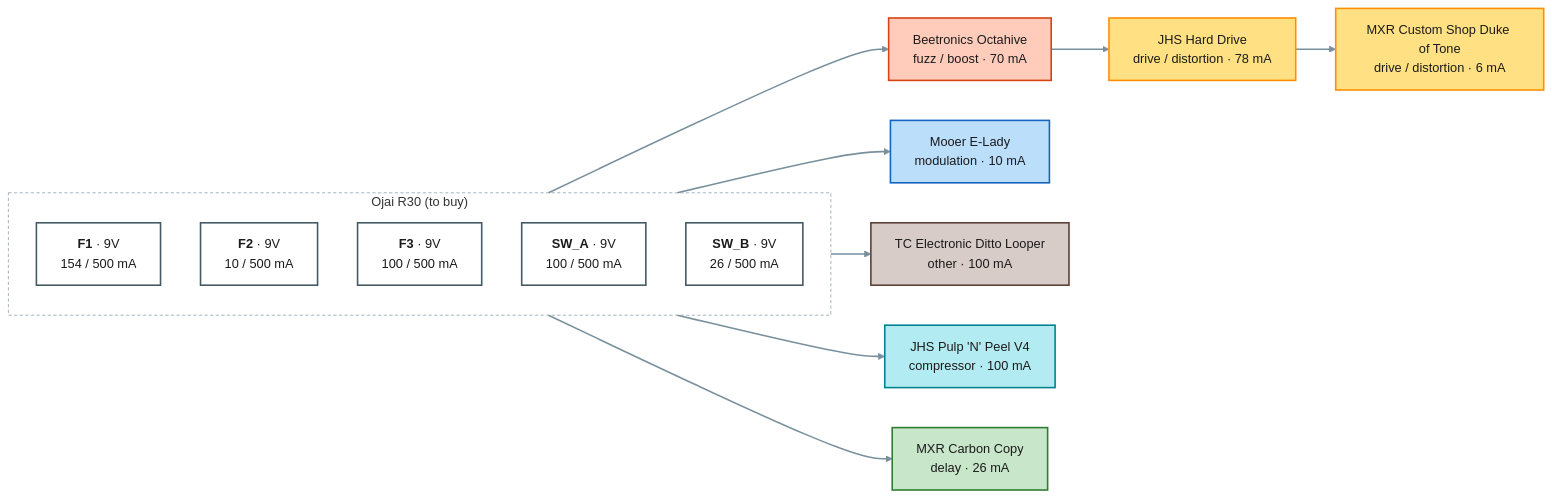
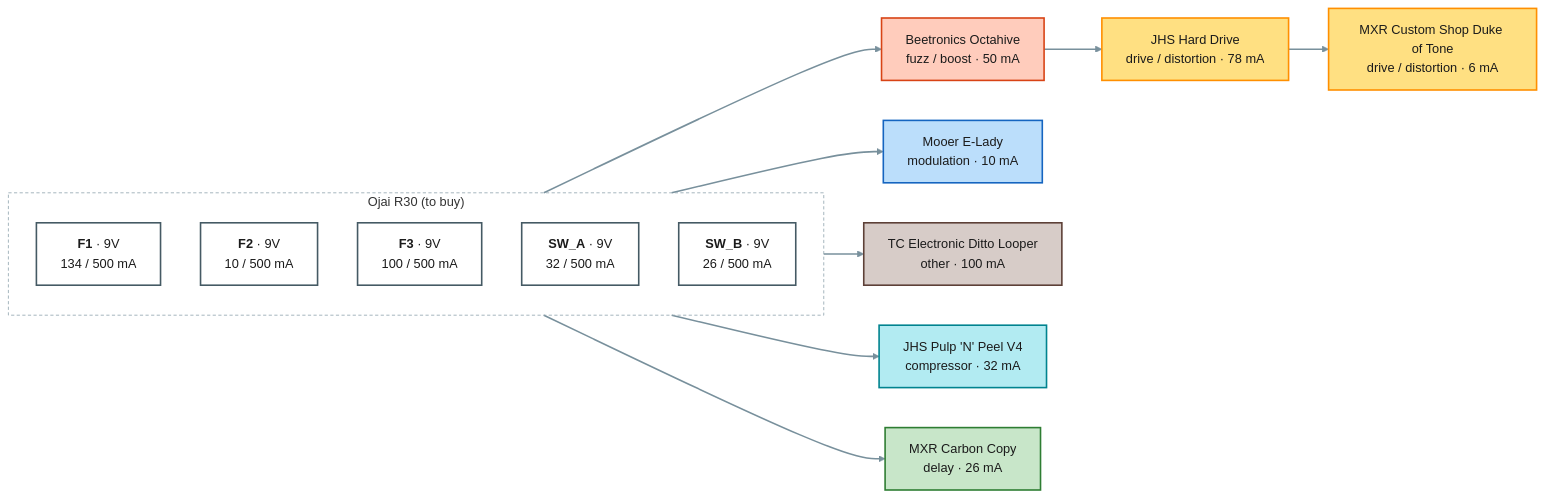
One commit to pedroacvieira/pedalboard changed the diagram in projects/guitar-practice/power.mmd. Above: the diagram before and after it, drawn with Mermaid. The commit also changed 8 other files, not shown here.

```diff
--- a/projects/guitar-practice/power.mmd
+++ b/projects/guitar-practice/power.mmd
@@ -1,34 +1,34 @@
 flowchart LR
     subgraph psu1["Ojai R30 (to buy)"]
         direction TB
-        psu1_F1["<b>F1</b> · 9V<br/>154 / 500 mA"]:::out9
+        psu1_F1["<b>F1</b> · 9V<br/>134 / 500 mA"]:::out9
         psu1_F2["<b>F2</b> · 9V<br/>10 / 500 mA"]:::out9
         psu1_F3["<b>F3</b> · 9V<br/>100 / 500 mA"]:::out9
-        psu1_SW_A["<b>SW_A</b> · 9V<br/>100 / 500 mA"]:::out9
+        psu1_SW_A["<b>SW_A</b> · 9V<br/>32 / 500 mA"]:::out9
         psu1_SW_B["<b>SW_B</b> · 9V<br/>26 / 500 mA"]:::out9
     end
-    octahive["Beetronics Octahive<br/>fuzz / boost · 70 mA"]:::c_fuzz___boost
+    octahive["Beetronics Octahive<br/>fuzz / boost · 50 mA"]:::c_fuzz___boost
     jhs_hard_drive["JHS Hard Drive<br/>drive / distortion · 78 mA"]:::c_drive___distortion
     duke_of_tone["MXR Custom Shop Duke of Tone<br/>drive / distortion · 6 mA"]:::c_drive___distortion
     e_lady["Mooer E-Lady<br/>modulation · 10 mA"]:::c_modulation
     ditto_looper["TC Electronic Ditto Looper<br/>other · 100 mA"]:::c_other
-    jhs_pulp_n_peel_v4["JHS Pulp 'N' Peel V4<br/>compressor · 100 mA"]:::c_compressor
+    jhs_pulp_n_peel_v4["JHS Pulp 'N' Peel V4<br/>compressor · 32 mA"]:::c_compressor
     carbon_copy["MXR Carbon Copy<br/>delay · 26 mA"]:::c_delay
     psu1_F1 --> octahive
     octahive --> jhs_hard_drive
     jhs_hard_drive --> duke_of_tone
     psu1_F2 --> e_lady
     psu1_F3 --> ditto_looper
     psu1_SW_A --> jhs_pulp_n_peel_v4
     psu1_SW_B --> carbon_copy
     classDef out9 fill:#ffffff,stroke:#455a64,stroke-width:2px,color:#1b1b1b
     classDef out18 fill:#ffffff,stroke:#d84315,stroke-width:3px,color:#1b1b1b
     classDef spare fill:#fafafa,stroke:#9e9e9e,stroke-dasharray:4 3,color:#757575
     classDef c_compressor fill:#b2ebf2,stroke:#00838f,stroke-width:2px,color:#1b1b1b
     classDef c_fuzz___boost fill:#ffccbc,stroke:#d84315,stroke-width:2px,color:#1b1b1b
     classDef c_drive___distortion fill:#ffe082,stroke:#ff8f00,stroke-width:2px,color:#1b1b1b
     classDef c_modulation fill:#bbdefb,stroke:#1565c0,stroke-width:2px,color:#1b1b1b
     classDef c_delay fill:#c8e6c9,stroke:#2e7d32,stroke-width:2px,color:#1b1b1b
     classDef c_other fill:#d7ccc8,stroke:#5d4037,stroke-width:2px,color:#1b1b1b
     style psu1 fill:none,stroke:#90a4ae,stroke-dasharray:4 3
     linkStyle default stroke:#78909c,stroke-width:2px
```
